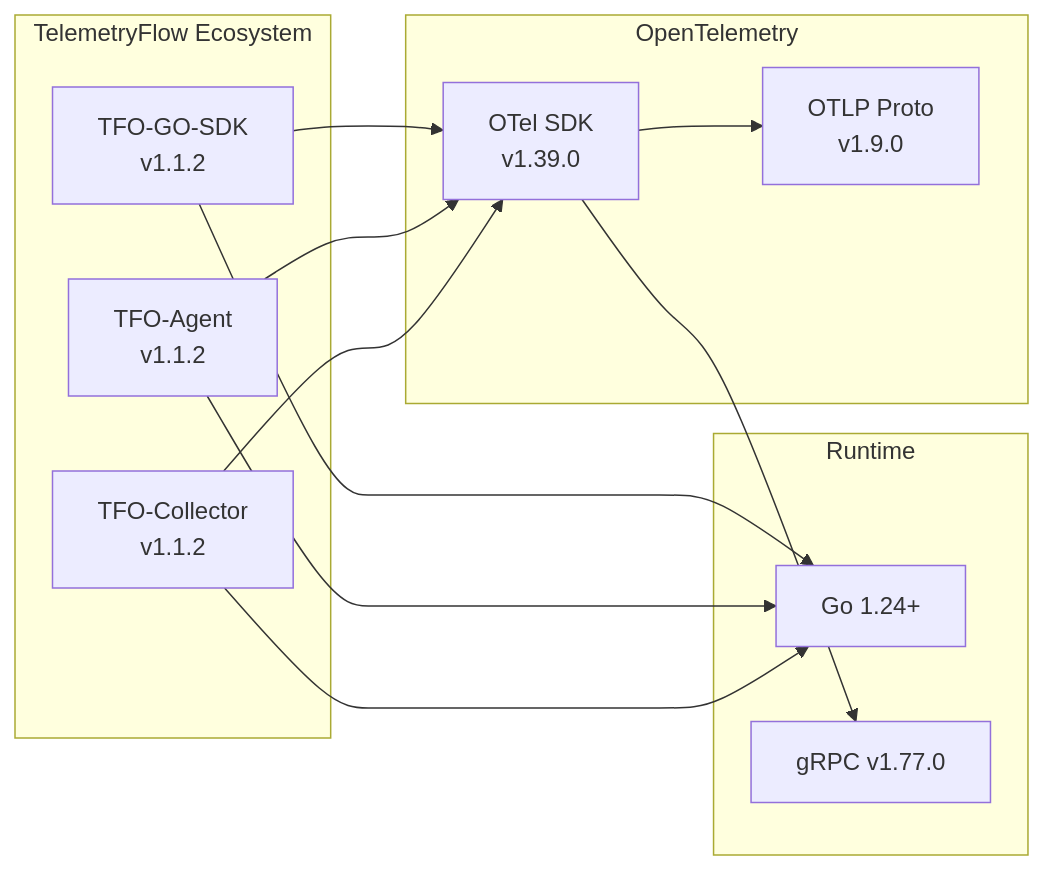
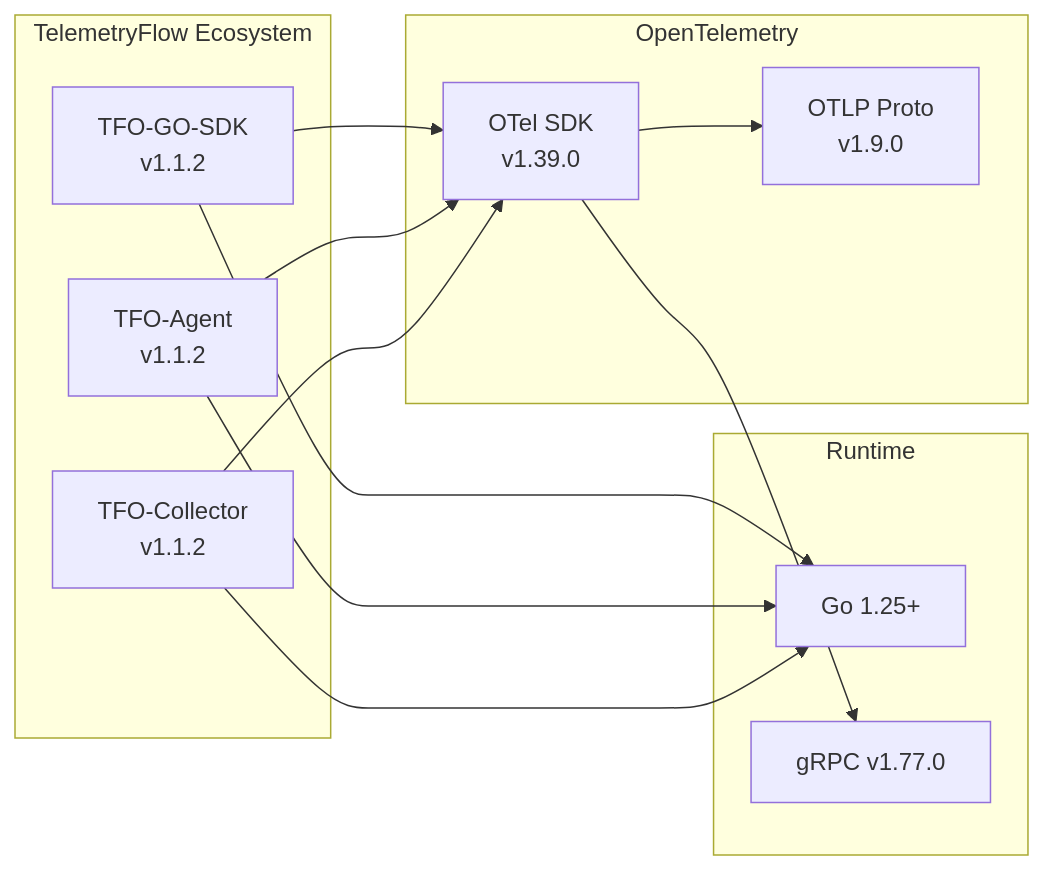
One commit to telemetryflow/telemetryflow-agent changed diagram 13 of 13 in docs/ARCHITECTURE.md. Above: the diagram before and after it, drawn with Mermaid. The commit also changed 26 other files, not shown here.

````diff
--- a/docs/ARCHITECTURE.md
+++ b/docs/ARCHITECTURE.md
@@ -511,29 +511,29 @@
 ```mermaid
 graph LR
     subgraph "TelemetryFlow Ecosystem"
         SDK[TFO-GO-SDK<br/>v1.1.2]
         AGENT[TFO-Agent<br/>v1.1.2]
         COLL[TFO-Collector<br/>v1.1.2]
     end
 
     subgraph "OpenTelemetry"
         OTEL[OTel SDK<br/>v1.39.0]
         PROTO[OTLP Proto<br/>v1.9.0]
     end
 
     subgraph "Runtime"
-        GO[Go 1.24+]
+        GO[Go 1.25+]
         GRPC[gRPC v1.77.0]
     end
 
     SDK --> OTEL
     AGENT --> OTEL
     COLL --> OTEL
 
     OTEL --> PROTO
     OTEL --> GRPC
 
     SDK --> GO
     AGENT --> GO
     COLL --> GO
 ```
````
